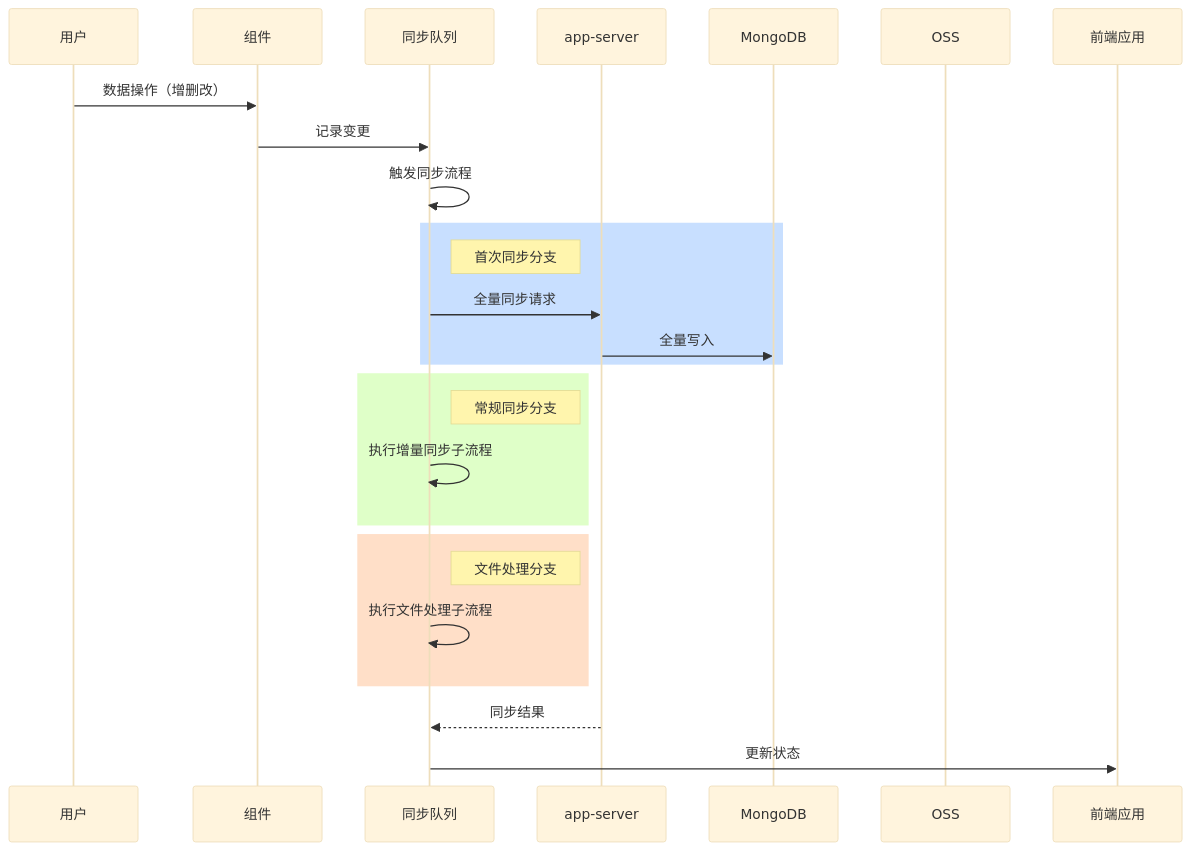
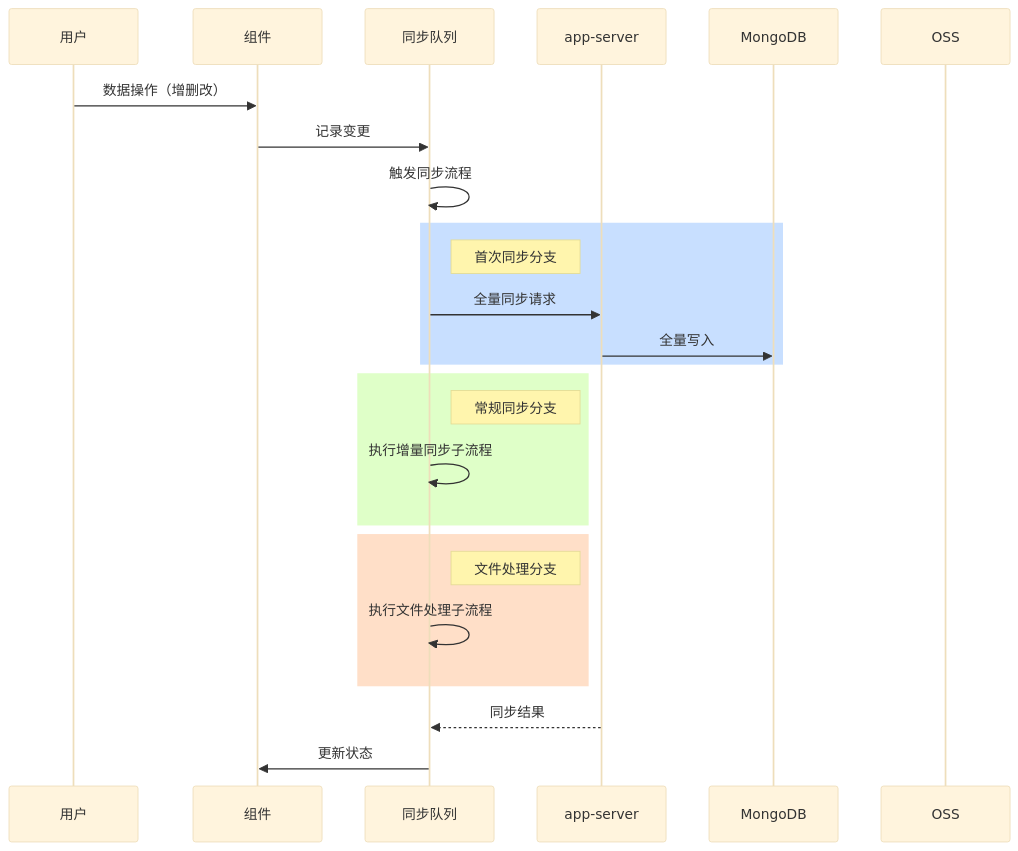
Before and after one commit to yingjianzh/iodraw-files: the diagram in all/未命名-24.md, drawn with Mermaid (base theme).

Commit message:
2025-02-21 18:21:49 update

````diff
--- a/all/未命名-24.md
+++ b/all/未命名-24.md
@@ -1,32 +1,32 @@
 ```mermaid
 sequenceDiagram
     participant 用户
     participant 组件
     participant 同步队列
     participant app-server
     participant MongoDB
     participant OSS
 
     用户->>组件: 数据操作（增删改）
     组件->>同步队列: 记录变更
     同步队列->>同步队列: 触发同步流程
     
     rect rgb(200,223,255)
     Note right of 同步队列: 首次同步分支
     同步队列->>app-server: 全量同步请求
     app-server->>MongoDB: 全量写入
     end
 
     rect rgb(223,255,200)
     Note right of 同步队列: 常规同步分支
     同步队列->>同步队列: 执行增量同步子流程
     end
 
     rect rgb(255,223,200)
     Note right of 同步队列: 文件处理分支
     同步队列->>同步队列: 执行文件处理子流程
     end
 
     app-server-->>同步队列: 同步结果
-    同步队列->>前端应用: 更新状态
+    同步队列->>组件: 更新状态
 ```
````
